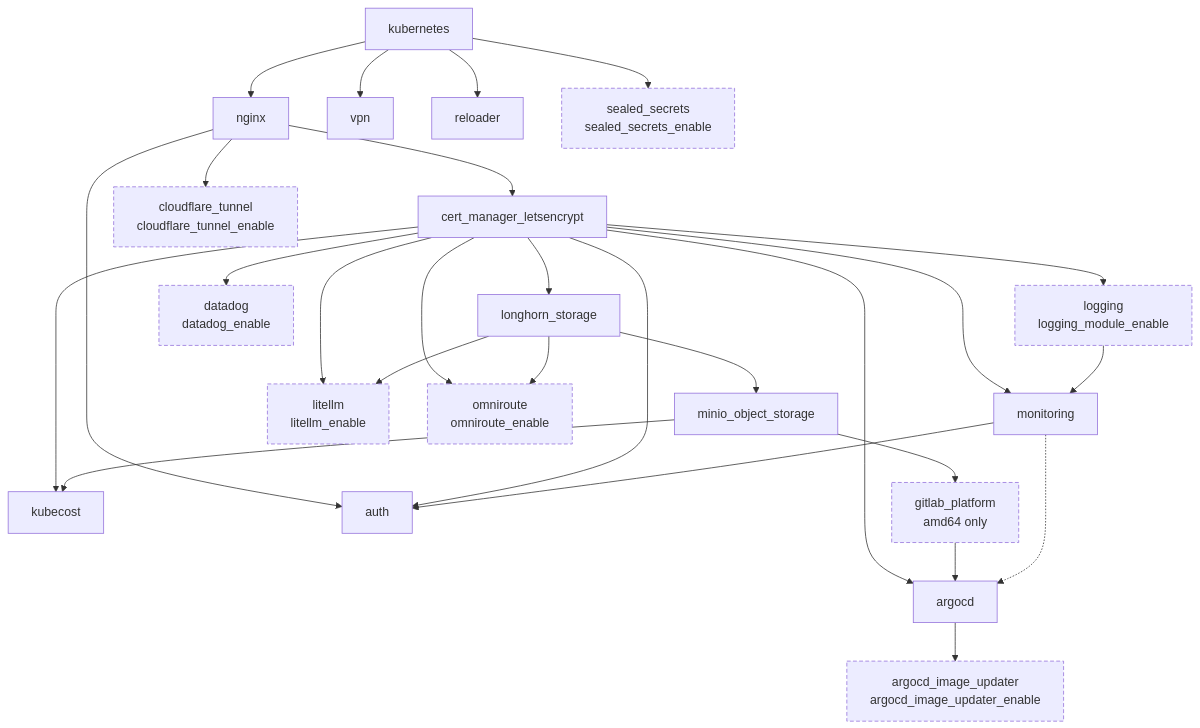
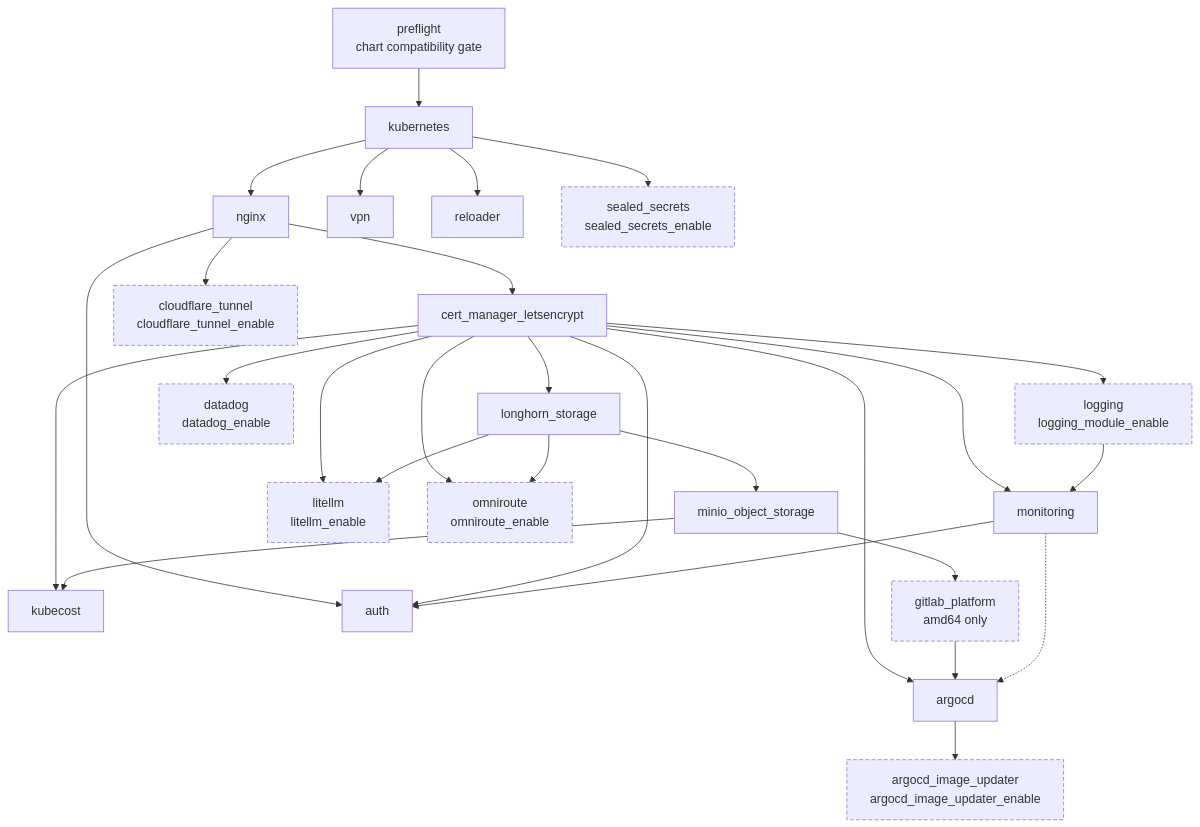
One commit to chrisleekr/homelab-infrastructure changed the diagram in docs/stage2/dependency-graph.md. Above: the diagram before and after it, drawn with Mermaid. The commit also changed other lines of this file and 78 other files, not shown here.

Commit message:
feat(stage2): gate chart compatibility, migrate Prometheus CRDs to Helm (#113)

````diff
--- a/docs/stage2/dependency-graph.md
+++ b/docs/stage2/dependency-graph.md
@@ -9,51 +9,53 @@
 ```mermaid
 flowchart TD
+    preflight["preflight<br/>chart compatibility gate"]
     kubernetes["kubernetes"]
     nginx["nginx"]
     certmanager["cert_manager_letsencrypt"]
     longhorn["longhorn_storage"]
     minio["minio_object_storage"]
     monitoring["monitoring"]
     kubecost["kubecost"]
     auth["auth"]
     argocd["argocd"]
     vpn["vpn"]
     reloader["reloader"]
     gitlab["gitlab_platform<br/>amd64 only"]:::optional
     logging["logging<br/>logging_module_enable"]:::optional
     cloudflare["cloudflare_tunnel<br/>cloudflare_tunnel_enable"]:::optional
     updater["argocd_image_updater<br/>argocd_image_updater_enable"]:::optional
     datadog["datadog<br/>datadog_enable"]:::optional
     sealed["sealed_secrets<br/>sealed_secrets_enable"]:::optional
     litellm["litellm<br/>litellm_enable"]:::optional
     omniroute["omniroute<br/>omniroute_enable"]:::optional
 
+    preflight --> kubernetes
     kubernetes --> nginx
     kubernetes --> vpn
     kubernetes --> reloader
     kubernetes --> sealed
     nginx --> certmanager
     nginx --> cloudflare
     nginx --> auth
     certmanager --> longhorn
     certmanager --> logging
     certmanager --> monitoring
     certmanager --> kubecost
     certmanager --> datadog
     certmanager --> auth
     certmanager --> litellm
     certmanager --> omniroute
     certmanager --> argocd
     longhorn --> minio
     longhorn --> litellm
     longhorn --> omniroute
     minio --> gitlab
     minio --> kubecost
     logging --> monitoring
     monitoring --> auth
     gitlab --> argocd
     monitoring -.-> argocd
     argocd --> updater
 
     classDef optional stroke-dasharray:5 3
 ```
````
